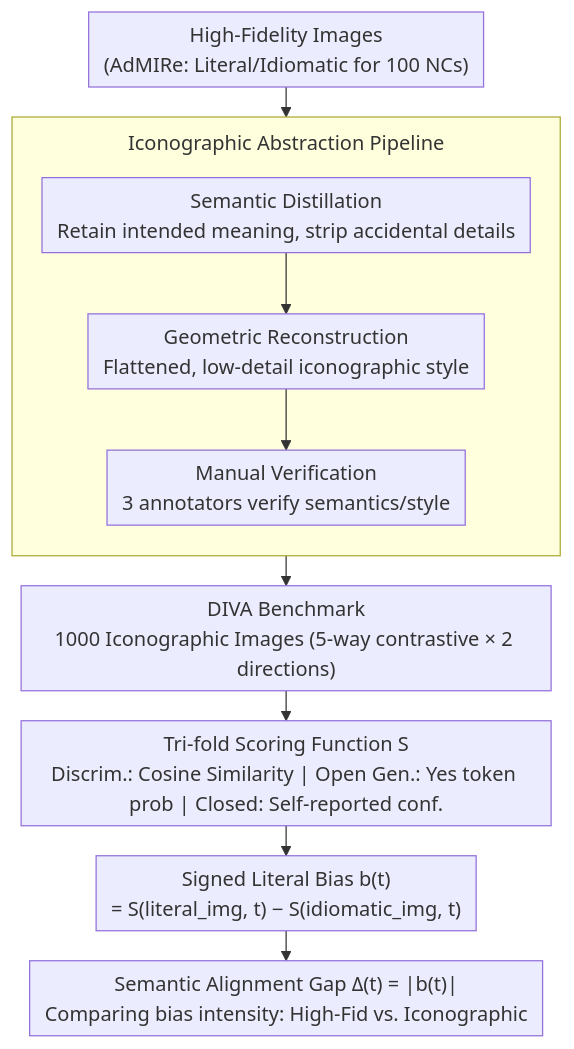
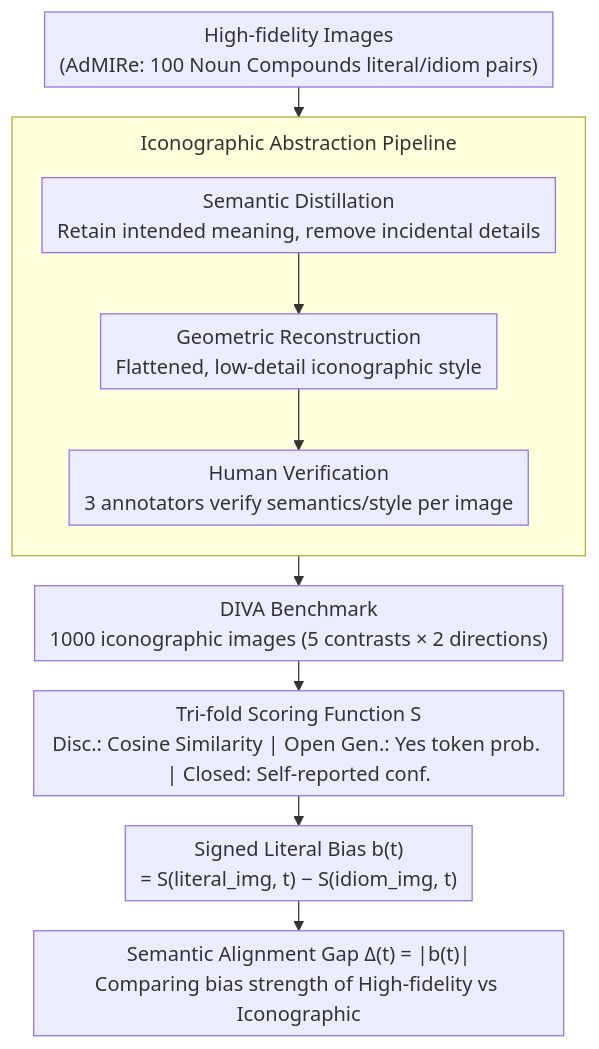
The diagram in docs/ACL2026/multimodal_vlm/more_than_meets_the_eye_measuring_the_semiotic_gap_in_vision-language_models_via.md (zhaoyang97/Paper-Notes-en), drawn with Mermaid before and after one commit. The commit also changed other lines of this file and 5084 other files, not shown here.

````diff
--- a/docs/ACL2026/multimodal_vlm/more_than_meets_the_eye_measuring_the_semiotic_gap_in_vision-language_models_via.md
+++ b/docs/ACL2026/multimodal_vlm/more_than_meets_the_eye_measuring_the_semiotic_gap_in_vision-language_models_via.md
@@ -45,14 +45,14 @@
 ```mermaid
 %%{init: {'flowchart': {'rankSpacing': 24, 'nodeSpacing': 28, 'padding': 6, 'wrappingWidth': 400, 'subGraphTitleMargin': {'top': 8, 'bottom': 16}}}}%%
 flowchart TD
-    A["High-Fidelity Images<br/>(AdMIRe: Literal/Idiomatic for 100 NCs)"] --> B
+    A["High-fidelity Images<br/>(AdMIRe: 100 Noun Compounds literal/idiom pairs)"] --> B
     subgraph ABS["Iconographic Abstraction Pipeline"]
         direction TB
-        B["Semantic Distillation<br/>Retain intended meaning, strip accidental details"] --> C["Geometric Reconstruction<br/>Flattened, low-detail iconographic style"]
-        C --> D["Manual Verification<br/>3 annotators verify semantics/style"]
+        B["Semantic Distillation<br/>Retain intended meaning, remove incidental details"] --> C["Geometric Reconstruction<br/>Flattened, low-detail iconographic style"]
+        C --> D["Human Verification<br/>3 annotators verify semantics/style per image"]
     end
-    D --> E["DIVA Benchmark<br/>1000 Iconographic Images (5-way contrastive × 2 directions)"]
-    E --> F["Tri-fold Scoring Function S<br/>Discrim.: Cosine Similarity | Open Gen.: Yes token prob | Closed: Self-reported conf."]
-    F --> G["Signed Literal Bias b(t)<br/>= S(literal_img, t) − S(idiomatic_img, t)"]
-    G --> H["Semantic Alignment Gap Δ(t) = |b(t)|<br/>Comparing bias intensity: High-Fid vs. Iconographic"]
+    D --> E["DIVA Benchmark<br/>1000 iconographic images (5 contrasts × 2 directions)"]
+    E --> F["Tri-fold Scoring Function S<br/>Disc.: Cosine Similarity | Open Gen.: Yes token prob. | Closed: Self-reported conf."]
+    F --> G["Signed Literal Bias b(t)<br/>= S(literal_img, t) − S(idiom_img, t)"]
+    G --> H["Semantic Alignment Gap Δ(t) = |b(t)|<br/>Comparing bias strength of High-fidelity vs Iconographic"]
 ```
````
